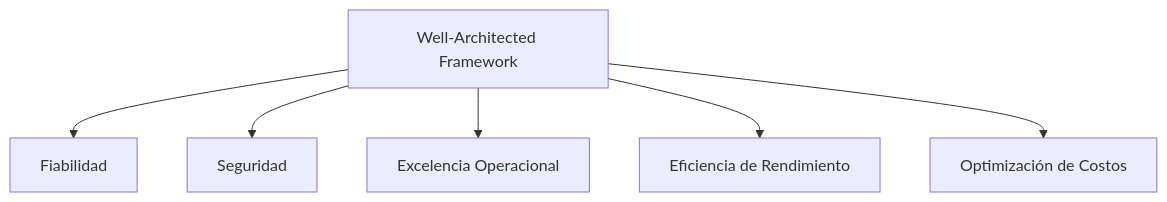
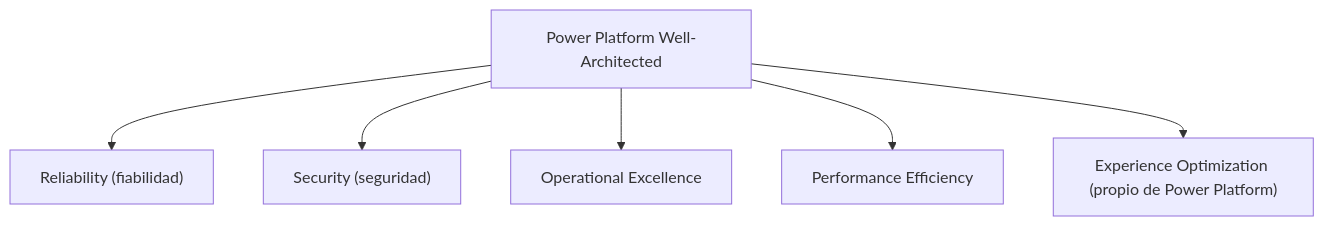
Before and after one commit to EdwingAlarcon/PlanEstudio: the diagram in app-elearning/content/modules/arquitecto/31-enterprise-architecture-y-gobernanza.md, drawn with Mermaid. The commit also changed other lines of this file and 59 other files, not shown here.

````diff
--- a/app-elearning/content/modules/arquitecto/31-enterprise-architecture-y-gobernanza.md
+++ b/app-elearning/content/modules/arquitecto/31-enterprise-architecture-y-gobernanza.md
@@ -40,8 +50,8 @@
 ```mermaid
 graph TD
-  A["Well-Architected Framework"] --> B["Fiabilidad"]
-  A --> C["Seguridad"]
-  A --> D["Excelencia Operacional"]
-  A --> E["Eficiencia de Rendimiento"]
-  A --> F["Optimización de Costos"]
+  A["Power Platform Well-Architected"] --> B["Reliability (fiabilidad)"]
+  A --> C["Security (seguridad)"]
+  A --> D["Operational Excellence"]
+  A --> E["Performance Efficiency"]
+  A --> F["Experience Optimization (propio de Power Platform)"]
 ```
````
